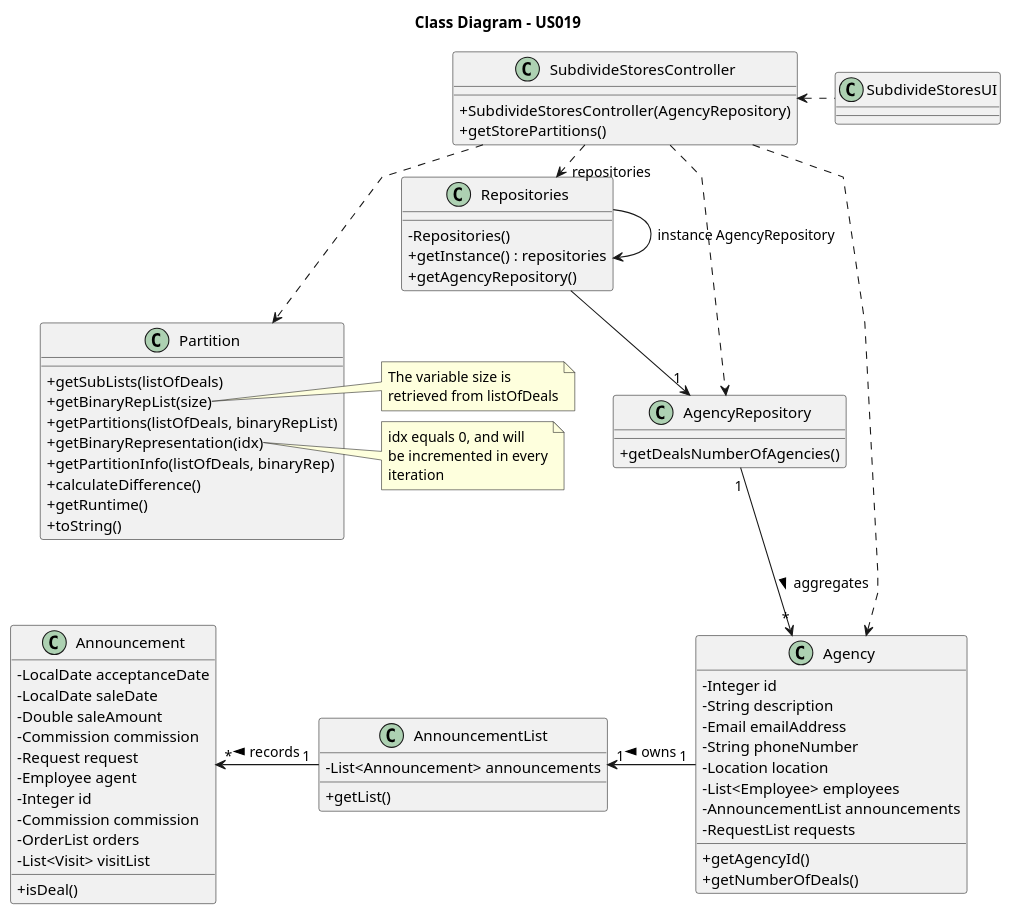
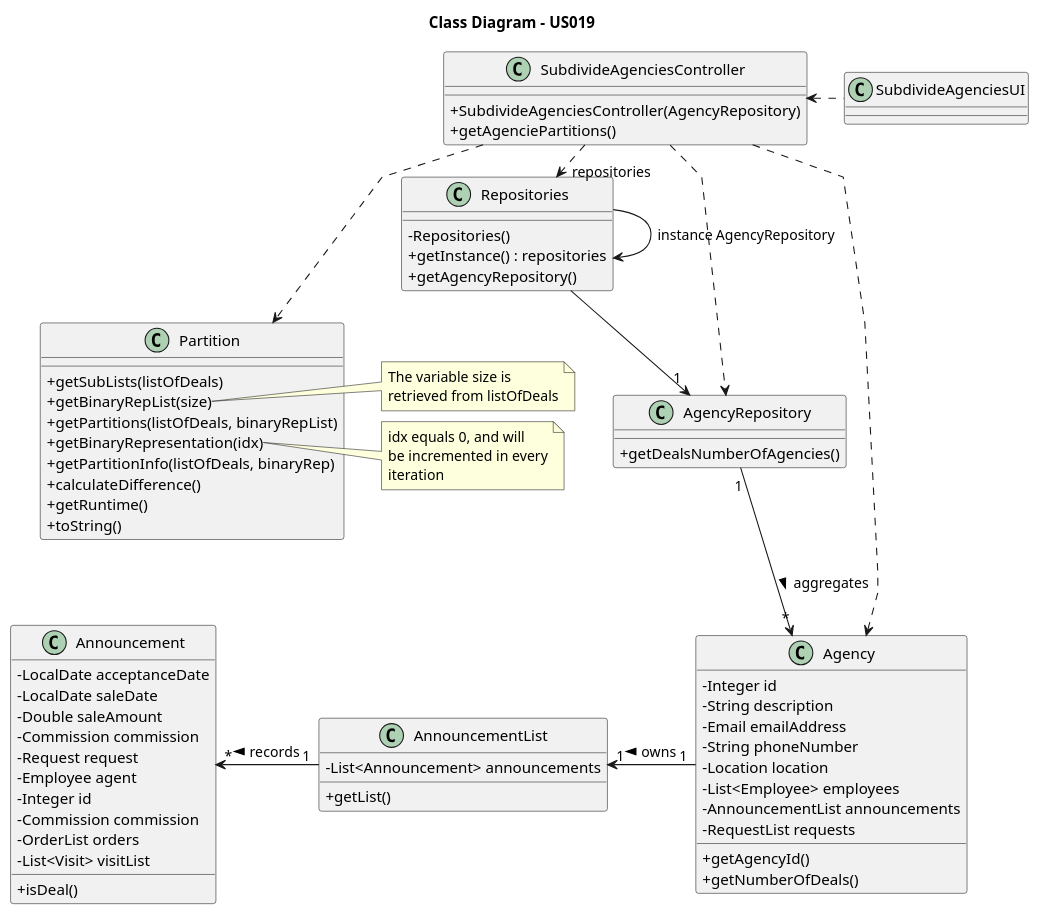
The diagram in docs/sprintD/us019/03.design/puml/us019-class-diagram.puml (rita-barbosa/LAPR2-2223), drawn with PlantUML before and after one commit. The commit also changed 20 other files, not shown here.

```diff
--- a/docs/sprintD/us019/03.design/puml/us019-class-diagram.puml
+++ b/docs/sprintD/us019/03.design/puml/us019-class-diagram.puml
@@ -1,122 +1,122 @@
 @startuml
 'skinparam monochrome true
 skinparam packageStyle rectangle
 skinparam shadowing false
 skinparam linetype polyline
 'skinparam linetype orto
 
 skinparam classAttributeIconSize 0
 
 'left to right direction
 
 title Class Diagram - US019
 
 class Agency {
     - Integer id
     - String description
     - Email emailAddress
     - String phoneNumber
     - Location location
     - List<Employee> employees
     - AnnouncementList announcements
     - RequestList requests
     + getAgencyId()
     + getNumberOfDeals()
 }
 
 class AnnouncementList{
     - List<Announcement> announcements
     + getList()
 }
 
 
 class Announcement{
     - LocalDate acceptanceDate
     - LocalDate saleDate
     - Double saleAmount
     - Commission commission
     - Request request
     - Employee agent
     - Integer id
     - Commission commission
     - OrderList orders
     - List<Visit> visitList
     + isDeal()
 }
 
 class Partition {
     + getSubLists(listOfDeals)
     + getBinaryRepList(size)
     + getPartitions(listOfDeals, binaryRepList)
     + getBinaryRepresentation(idx)
     + getPartitionInfo(listOfDeals, binaryRep)
     + calculateDifference()
     + getRuntime()
     + toString()
 }
 
 note right of Partition::getBinaryRepList
 The variable size is
 retrieved from listOfDeals
 end note
 
 note right of Partition::getBinaryRepresentation
 idx equals 0, and will
 be incremented in every
 iteration
 end note
 
 'class ListInteger << List<Integer> >>{
 '    + add(agencyId, deals)
 '}
 
 'class ListString << List<String> >>{
 '    + add(sublistString)
 '}
 
 class AgencyRepository {
     + getDealsNumberOfAgencies()
 }
 
 class Repositories {
     - Repositories()
     + getInstance() : repositories
     + getAgencyRepository()
 }
 
-class SubdivideStoresController {
-    + SubdivideStoresController(AgencyRepository)
-    + getStorePartitions()
+class SubdivideAgenciesController {
+    + SubdivideAgenciesController(AgencyRepository)
+    + getAgenciePartitions()
 }
 
-class SubdivideStoresUI {
+class SubdivideAgenciesUI {
 }
 
 Repositories -> Repositories : instance
 
-SubdivideStoresUI .left> SubdivideStoresController
+SubdivideAgenciesUI .left> SubdivideAgenciesController
 
-SubdivideStoresController .> Repositories : repositories
+SubdivideAgenciesController .> Repositories : repositories
 
-SubdivideStoresController .down.> Partition
+SubdivideAgenciesController .down.> Partition
 
 Repositories -> "1" AgencyRepository
 
-SubdivideStoresController ..> Agency
-SubdivideStoresController ..> AgencyRepository : AgencyRepository
+SubdivideAgenciesController ..> Agency
+SubdivideAgenciesController ..> AgencyRepository : AgencyRepository
 
 AgencyRepository "1" --> "*" Agency : aggregates >
 
 Agency "1" -left> "1" AnnouncementList : owns >
 
 AnnouncementList "1" -left> "*" Announcement: records >
 
 'AgencyRepository "1" -> "1" ListInteger : creates >
 
 'Partition "1" --> "1" ListString : creates >
 
 
 
 
 
 @enduml
```
